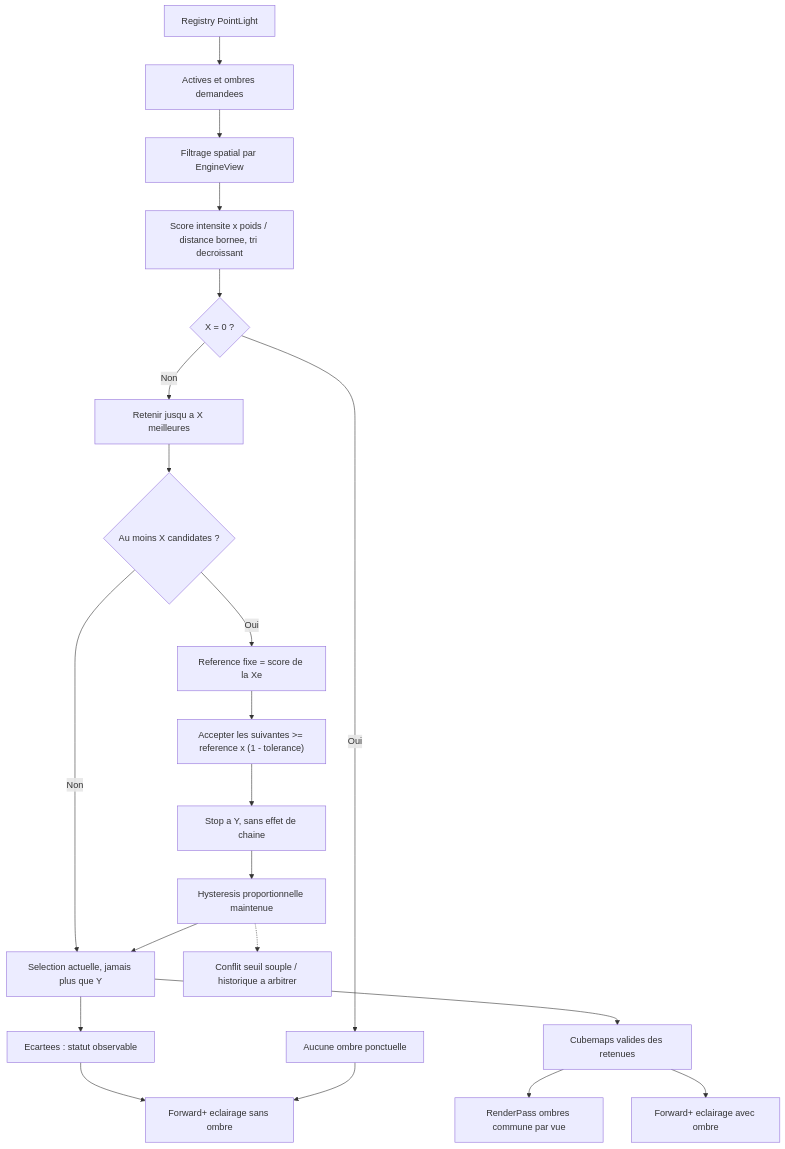
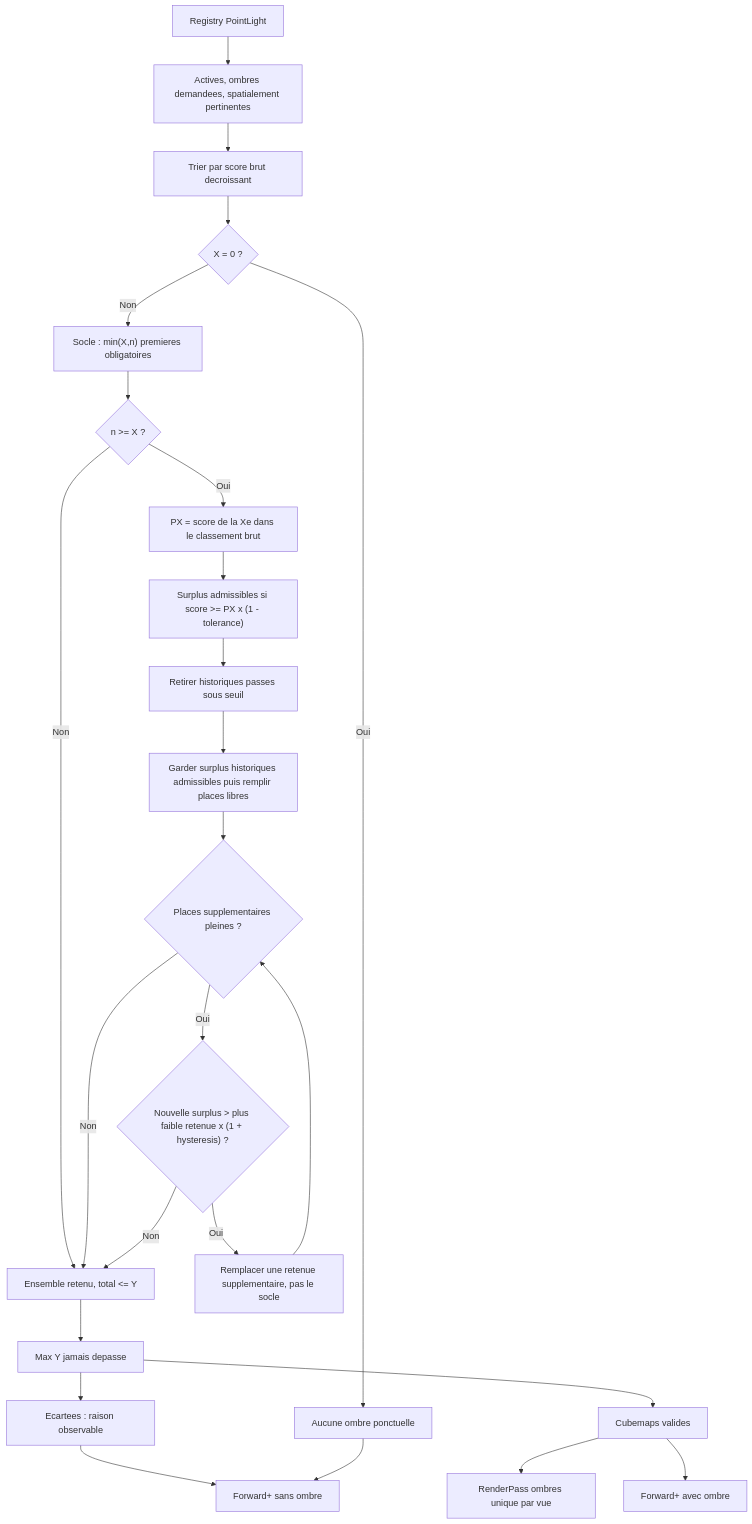
Before and after one commit to EreliaStudio/Sparkle: the eighth of 18 diagrams in docs/voxel-engine-v0.1.4-specification.md, drawn with Mermaid. The commit also changed other lines of this file, not shown here.

Commit message:
docs(v0.1.4): update shadow selection Mermaid flow and capture sequence for tolerance-first hysteresis

````diff
--- a/docs/voxel-engine-v0.1.4-specification.md
+++ b/docs/voxel-engine-v0.1.4-specification.md
@@ -736,23 +738,27 @@
 ```mermaid
 flowchart TD
-  Registry["Registry PointLight"] --> Eligible["Actives et ombres demandees"]
-  Eligible --> Spatial["Filtrage spatial par EngineView"]
-  Spatial --> Sort["Score intensite x poids / distance bornee, tri decroissant"]
-  Sort --> Target{"X = 0 ?"}
-  Target -->|"Oui"| Empty["Aucune ombre ponctuelle"]
-  Target -->|"Non"| Base["Retenir jusqu a X meilleures"]
-  Base --> Reference{"Au moins X candidates ?"}
-  Reference -->|"Oui"| Threshold["Reference fixe = score de la Xe"]
-  Reference -->|"Non"| Final["Selection actuelle, jamais plus que Y"]
-  Threshold --> Extra["Accepter les suivantes >= reference x (1 - tolerance)"]
-  Extra --> HardMax["Stop a Y, sans effet de chaine"]
-  HardMax --> Hysteresis["Hysteresis proportionnelle maintenue"]
-  Hysteresis -.-> Open["Conflit seuil souple / historique a arbitrer"]
-  Hysteresis --> Final
-  Final --> Cubes["Cubemaps valides des retenues"]
-  Cubes --> Pass["RenderPass ombres commune par vue"]
-  Cubes --> Lit["Forward+ eclairage avec ombre"]
-  Final --> Excluded["Ecartees : statut observable"]
-  Excluded --> NoShadow["Forward+ eclairage sans ombre"]
+  Registry["Registry PointLight"] --> Eligible["Actives, ombres demandees, spatialement pertinentes"]
+  Eligible --> Sort["Trier par score brut decroissant"]
+  Sort --> Zero{"X = 0 ?"}
+  Zero -->|"Oui"| Empty["Aucune ombre ponctuelle"]
+  Zero -->|"Non"| Baseline["Socle : min(X,n) premieres obligatoires"]
+  Baseline --> HaveX{"n >= X ?"}
+  HaveX -->|"Non"| Selection["Ensemble retenu, total <= Y"]
+  HaveX -->|"Oui"| Threshold["PX = score de la Xe dans le classement brut"]
+  Threshold --> Candidates["Surplus admissibles si score >= PX x (1 - tolerance)"]
+  Candidates --> History["Retirer historiques passes sous seuil"]
+  History --> Slots["Garder surplus historiques admissibles puis remplir places libres"]
+  Slots --> Full{"Places supplementaires pleines ?"}
+  Full -->|"Non"| Selection
+  Full -->|"Oui"| Swap{"Nouvelle surplus > plus faible retenue x (1 + hysteresis) ?"}
+  Swap -->|"Oui"| Replace["Remplacer une retenue supplementaire, pas le socle"]
+  Replace --> Full
+  Swap -->|"Non"| Selection
+  Selection --> Hard["Max Y jamais depasse"]
+  Hard --> Cubes["Cubemaps valides"]
+  Cubes --> Pass["RenderPass ombres unique par vue"]
+  Cubes --> Lit["Forward+ avec ombre"]
+  Hard --> Excluded["Ecartees : raison observable"]
+  Excluded --> NoShadow["Forward+ sans ombre"]
   Empty --> NoShadow
 ```
````
